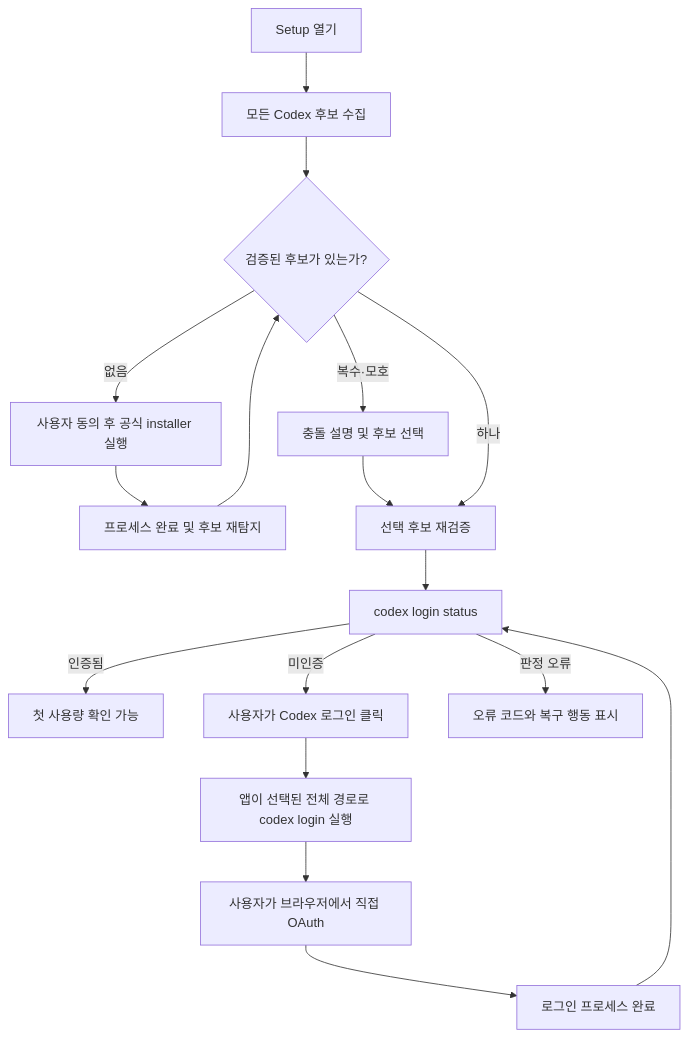
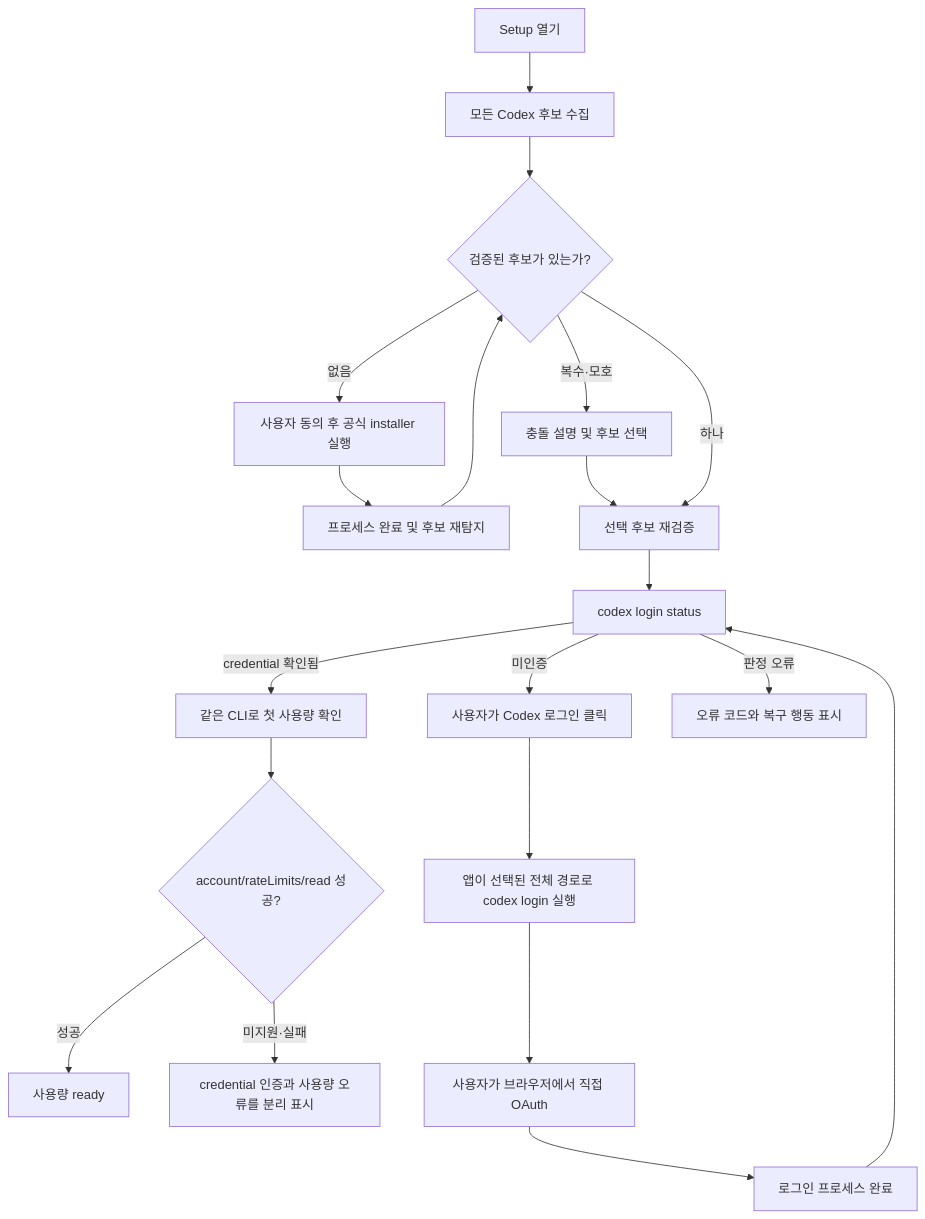
Before and after one commit to Kyuhan1230/ai-usage-monitor: the diagram in docs/codex-cli-onboarding/spec.md, drawn with Mermaid. The commit also changed other lines of this file and 7 other files, not shown here.

````diff
--- a/docs/codex-cli-onboarding/spec.md
+++ b/docs/codex-cli-onboarding/spec.md
@@ -278,19 +306,22 @@
 ```mermaid
 flowchart TD
     A["Setup 열기"] --> B["모든 Codex 후보 수집"]
     B --> C{"검증된 후보가 있는가?"}
     C -- "없음" --> D["사용자 동의 후 공식 installer 실행"]
     D --> E["프로세스 완료 및 후보 재탐지"]
     E --> C
     C -- "복수·모호" --> F["충돌 설명 및 후보 선택"]
     F --> G["선택 후보 재검증"]
     C -- "하나" --> G
     G --> H["codex login status"]
-    H -- "인증됨" --> I["첫 사용량 확인 가능"]
+    H -- "credential 확인됨" --> I["같은 CLI로 첫 사용량 확인"]
+    I --> O{"account/rateLimits/read 성공?"}
+    O -- "성공" --> P["사용량 ready"]
+    O -- "미지원·실패" --> Q["credential 인증과 사용량 오류를 분리 표시"]
     H -- "미인증" --> J["사용자가 Codex 로그인 클릭"]
     J --> K["앱이 선택된 전체 경로로 codex login 실행"]
     K --> L["사용자가 브라우저에서 직접 OAuth"]
     L --> M["로그인 프로세스 완료"]
     M --> H
     H -- "판정 오류" --> N["오류 코드와 복구 행동 표시"]
 ```
````
